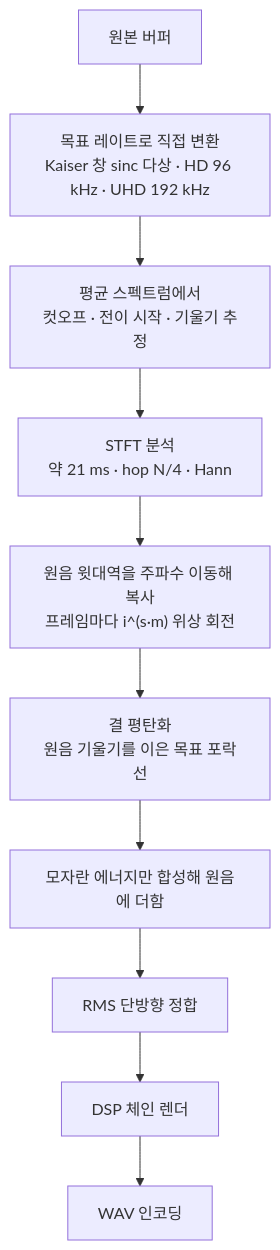
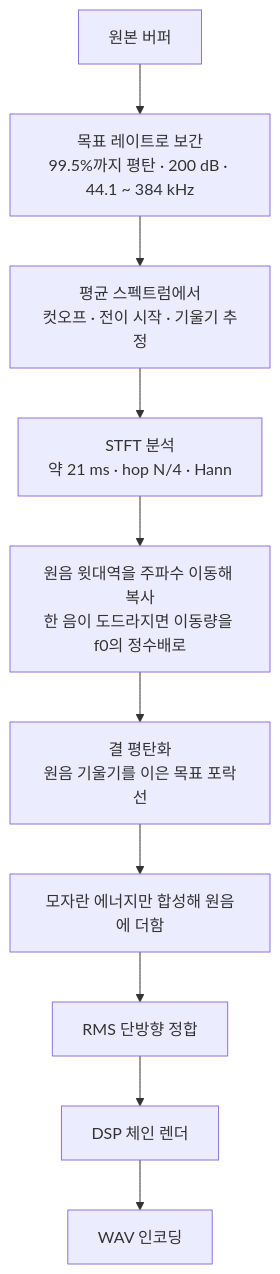
One commit to Velvitty/efx changed the second of 2 diagrams in README.md. Above: the diagram before and after it, drawn with Mermaid. The commit also changed other lines of this file and 7 other files, not shown here.

````diff
--- a/README.md
+++ b/README.md
@@ -423,12 +433,12 @@
 ```mermaid
 flowchart TD
-    A["원본 버퍼"] --> B["목표 레이트로 직접 변환<br/>Kaiser 창 sinc 다상 · HD 96 kHz · UHD 192 kHz"]
+    A["원본 버퍼"] --> B["목표 레이트로 보간<br/>99.5%까지 평탄 · 200 dB · 44.1 ~ 384 kHz"]
     B --> C["평균 스펙트럼에서<br/>컷오프 · 전이 시작 · 기울기 추정"]
     C --> D["STFT 분석<br/>약 21 ms · hop N/4 · Hann"]
-    D --> E["원음 윗대역을 주파수 이동해 복사<br/>프레임마다 i^(s·m) 위상 회전"]
+    D --> E["원음 윗대역을 주파수 이동해 복사<br/>한 음이 도드라지면 이동량을 f0의 정수배로"]
     E --> F["결 평탄화<br/>원음 기울기를 이은 목표 포락선"]
     F --> G["모자란 에너지만 합성해 원음에 더함"]
     G --> H["RMS 단방향 정합"]
     H --> I["DSP 체인 렌더"]
     I --> J["WAV 인코딩"]
 ```
````
